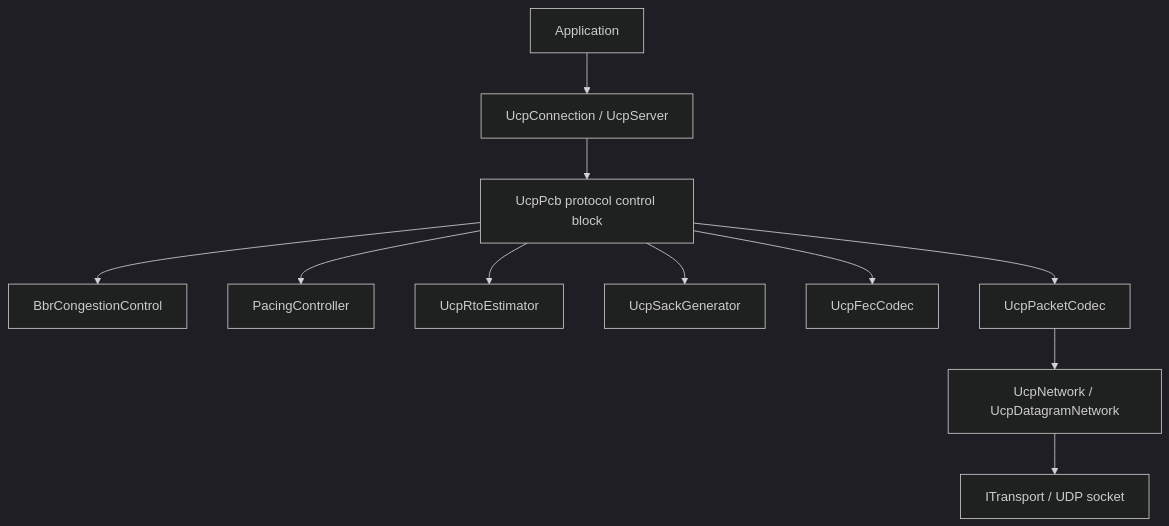
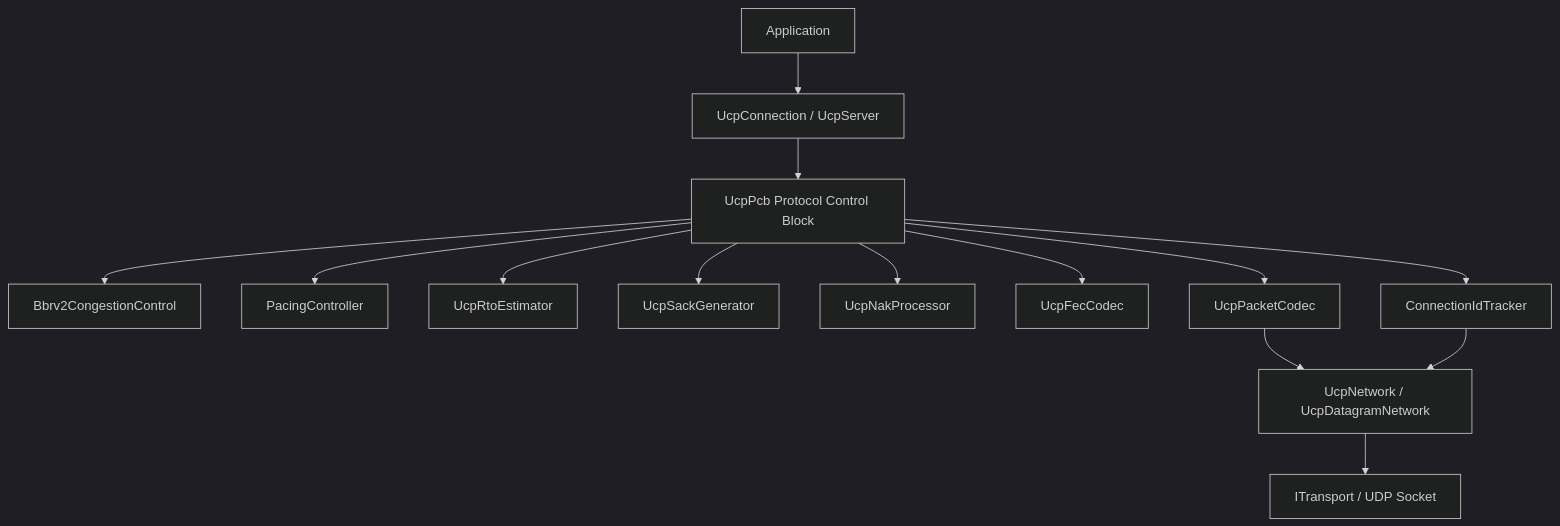
One commit to liulilittle/ucp changed the first of 7 diagrams in docs/architecture.md. Above: the diagram before and after it, drawn with Mermaid (dark theme). The commit also changed other lines of this file and 17 other files, not shown here.

````diff
--- a/docs/architecture.md
+++ b/docs/architecture.md
@@ -7,13 +11,16 @@
 ```mermaid
 flowchart TD
     App[Application] --> Public[UcpConnection / UcpServer]
-    Public --> Pcb[UcpPcb protocol control block]
-    Pcb --> Bbr[BbrCongestionControl]
+    Public --> Pcb[UcpPcb Protocol Control Block]
+    Pcb --> Bbr[Bbrv2CongestionControl]
     Pcb --> Pacing[PacingController]
     Pcb --> Rto[UcpRtoEstimator]
     Pcb --> Sack[UcpSackGenerator]
+    Pcb --> Nak[UcpNakProcessor]
     Pcb --> Fec[UcpFecCodec]
     Pcb --> Codec[UcpPacketCodec]
-    Codec --> Network[UcpNetwork / UcpDatagramNetwork]
-    Network --> Transport[ITransport / UDP socket]
+    Pcb --> ConnId[ConnectionIdTracker]
+    Codec --> Net[UcpNetwork / UcpDatagramNetwork]
+    ConnId --> Net
+    Net --> Transport[ITransport / UDP Socket]
 ```
````
